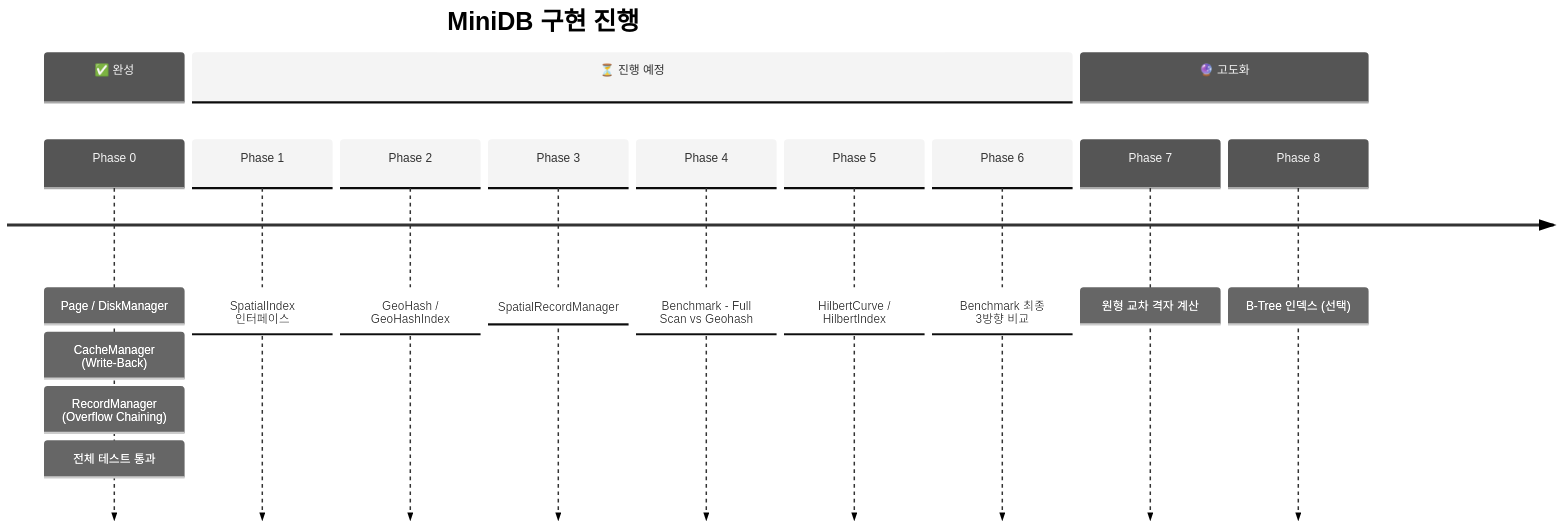
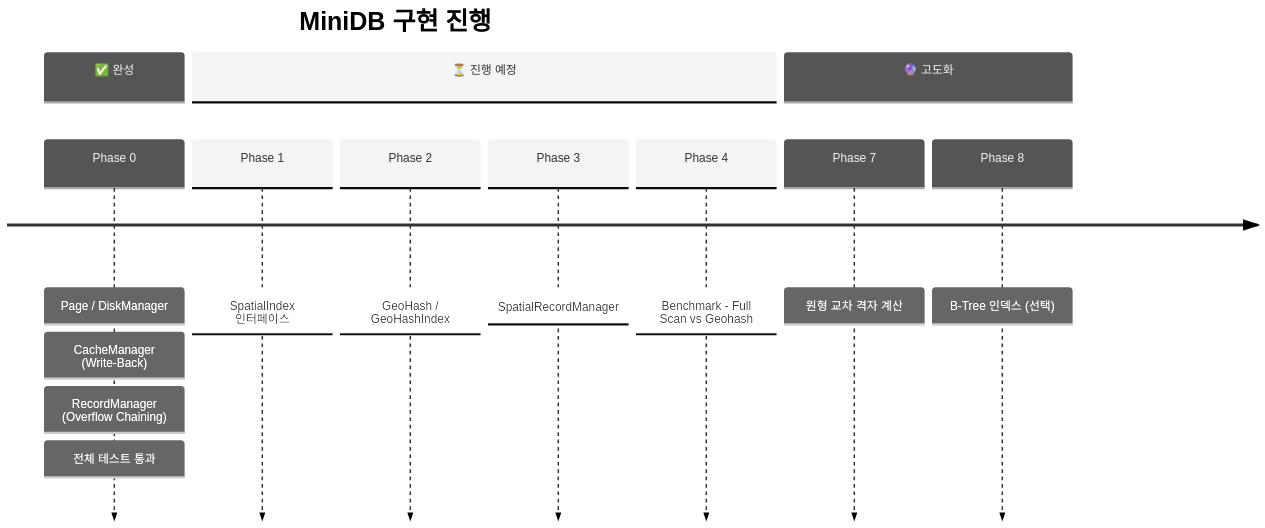
One commit to YOUHEETAE/java-disk-kv-engine changed the seventh of 7 diagrams in docs/ARCHITECTURE.md. Above: the diagram before and after it, drawn with Mermaid (neutral theme). The commit also changed 12 other files, not shown here.

First line of the commit message:
refactor: remove Hilbert index, keep the decision not to adopt

````diff
--- a/docs/ARCHITECTURE.md
+++ b/docs/ARCHITECTURE.md
@@ -220,19 +220,17 @@
 ```mermaid
 timeline
     title MiniDB 구현 진행
     section ✅ 완성
         Phase 0 : Page / DiskManager
                 : CacheManager (Write-Back)
                 : RecordManager (Overflow Chaining)
                 : 전체 테스트 통과
     section ⏳ 진행 예정
         Phase 1 : SpatialIndex 인터페이스
         Phase 2 : GeoHash / GeoHashIndex
         Phase 3 : SpatialRecordManager
         Phase 4 : Benchmark - Full Scan vs Geohash
-        Phase 5 : HilbertCurve / HilbertIndex
-        Phase 6 : Benchmark 최종 3방향 비교
     section 🔮 고도화
         Phase 7 : 원형 교차 격자 계산
         Phase 8 : B-Tree 인덱스 (선택)
 ```
````
